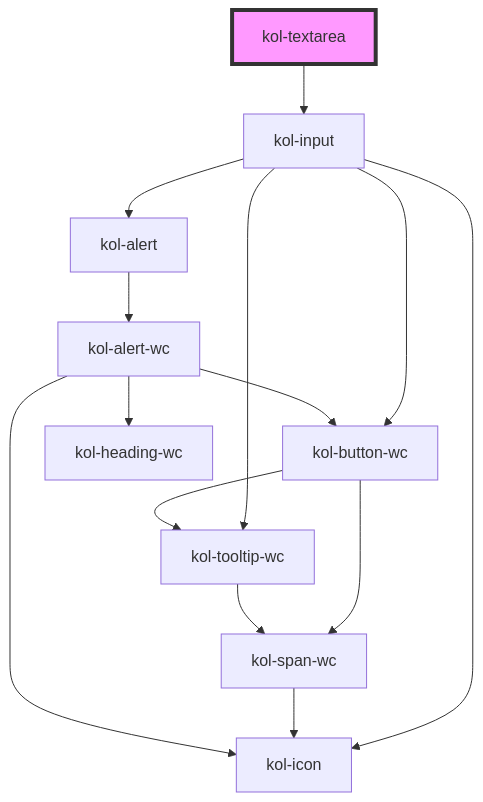
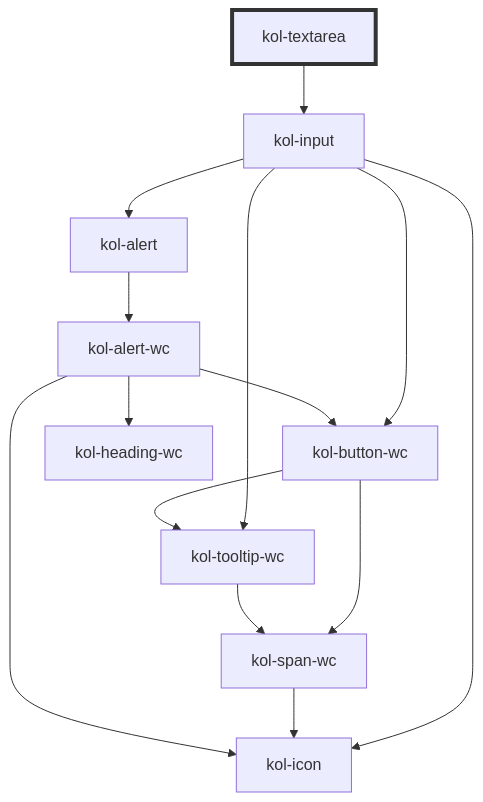
One commit to public-ui/kolibri changed the diagram in packages/components/src/components/textarea/readme.md. Above: the diagram before and after it, drawn with Mermaid. The commit also changed 40 other files, not shown here.

````diff
--- a/packages/components/src/components/textarea/readme.md
+++ b/packages/components/src/components/textarea/readme.md
@@ -103,17 +103,17 @@
 ```mermaid
 graph TD;
   kol-textarea --> kol-input
   kol-input --> kol-icon
   kol-input --> kol-button-wc
   kol-input --> kol-tooltip-wc
   kol-input --> kol-alert
   kol-button-wc --> kol-span-wc
   kol-button-wc --> kol-tooltip-wc
   kol-span-wc --> kol-icon
   kol-tooltip-wc --> kol-span-wc
   kol-alert --> kol-alert-wc
   kol-alert-wc --> kol-heading-wc
   kol-alert-wc --> kol-button-wc
   kol-alert-wc --> kol-icon
-  style kol-textarea fill:#f9f,stroke:#333,stroke-width:4px
+  style kol-textarea stroke:#333,stroke-width:4px
 ```
````
